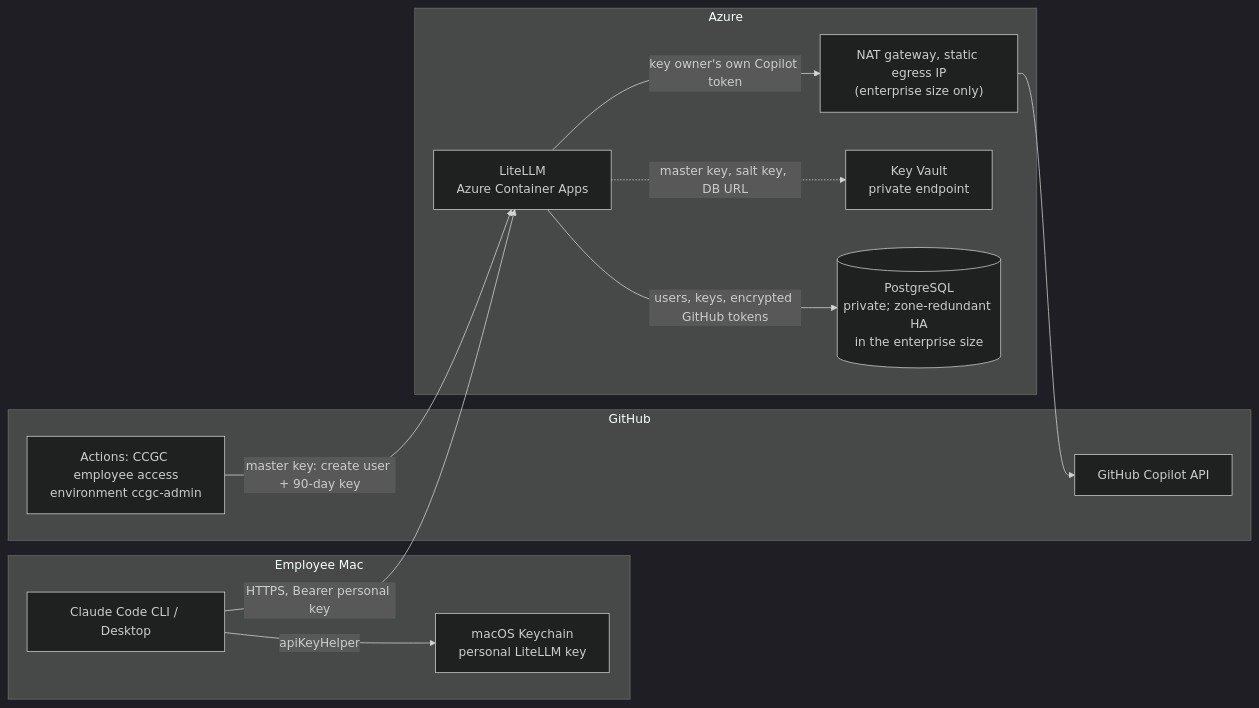
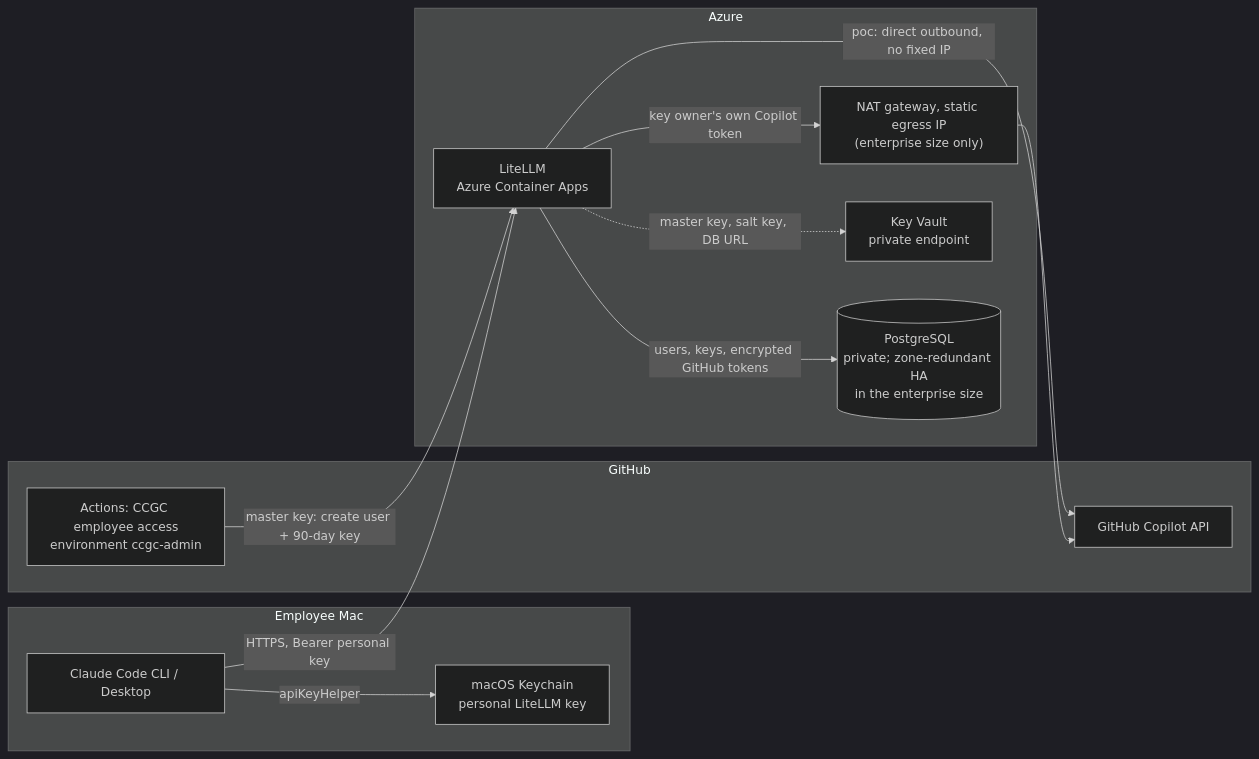
One commit to msftse-org/claude-code-with-github-copilot changed the diagram in README.md. Above: the diagram before and after it, drawn with Mermaid (dark theme). The commit also changed other lines of this file and 1 other file, not shown here.

````diff
--- a/README.md
+++ b/README.md
@@ -23,23 +23,24 @@
 ```mermaid
 flowchart LR
   subgraph Mac["Employee Mac"]
     CC["Claude Code CLI / Desktop"]
     KC["macOS Keychain<br/>personal LiteLLM key"]
     CC -- apiKeyHelper --> KC
   end
   subgraph GH["GitHub"]
     ACT["Actions: CCGC employee access<br/>environment ccgc-admin"]
     COP["GitHub Copilot API"]
   end
   subgraph AZ["Azure"]
     LL["LiteLLM<br/>Azure Container Apps"]
     PG[("PostgreSQL<br/>private; zone-redundant HA<br/>in the enterprise size")]
     KV["Key Vault<br/>private endpoint"]
     NAT["NAT gateway, static egress IP<br/>(enterprise size only)"]
   end
   ACT -- "master key: create user + 90-day key" --> LL
   CC -- "HTTPS, Bearer personal key" --> LL
   LL -- "users, keys, encrypted GitHub tokens" --> PG
   LL -. "master key, salt key, DB URL" .-> KV
   LL -- "key owner's own Copilot token" --> NAT --> COP
+  LL -- "poc: direct outbound, no fixed IP" --> COP
 ```
````
